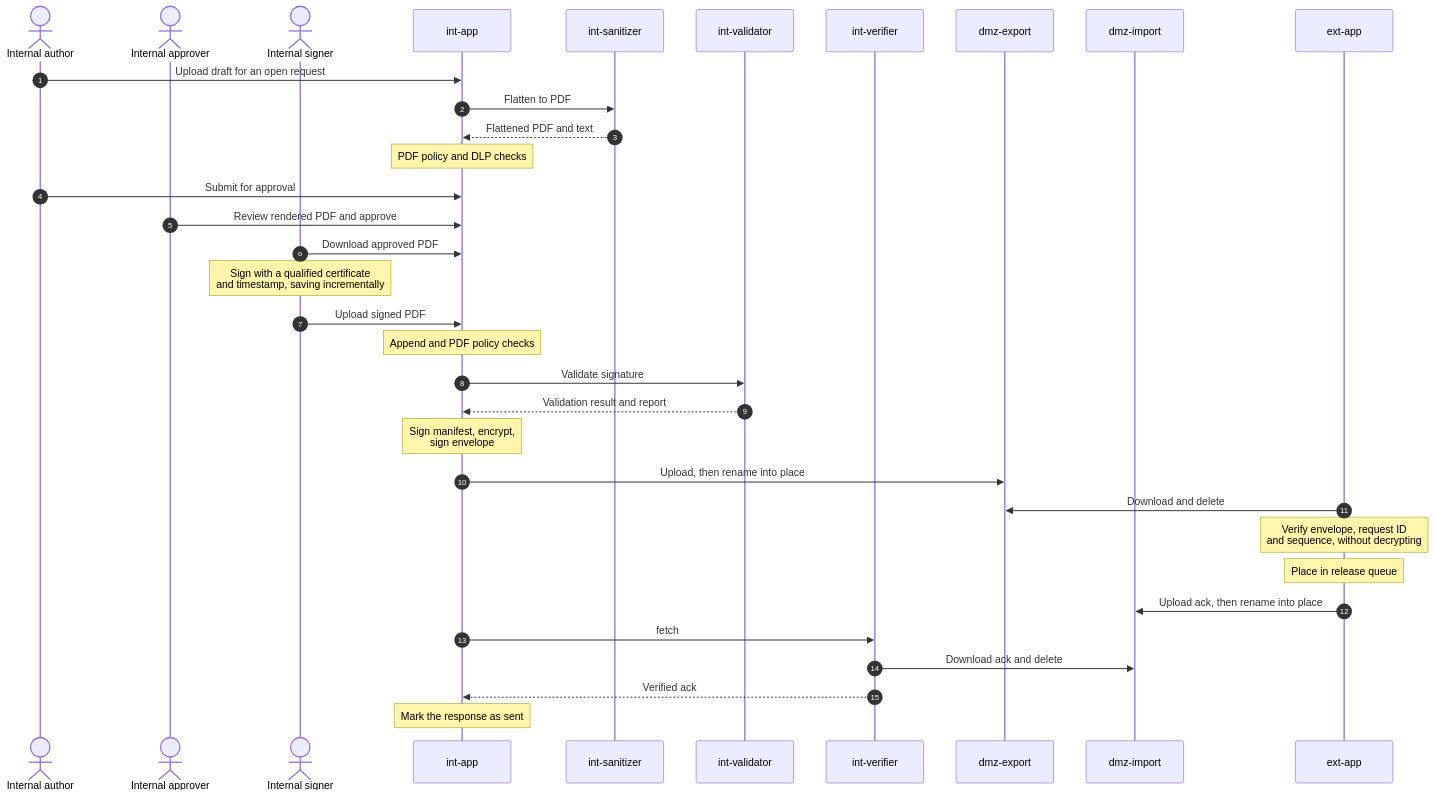
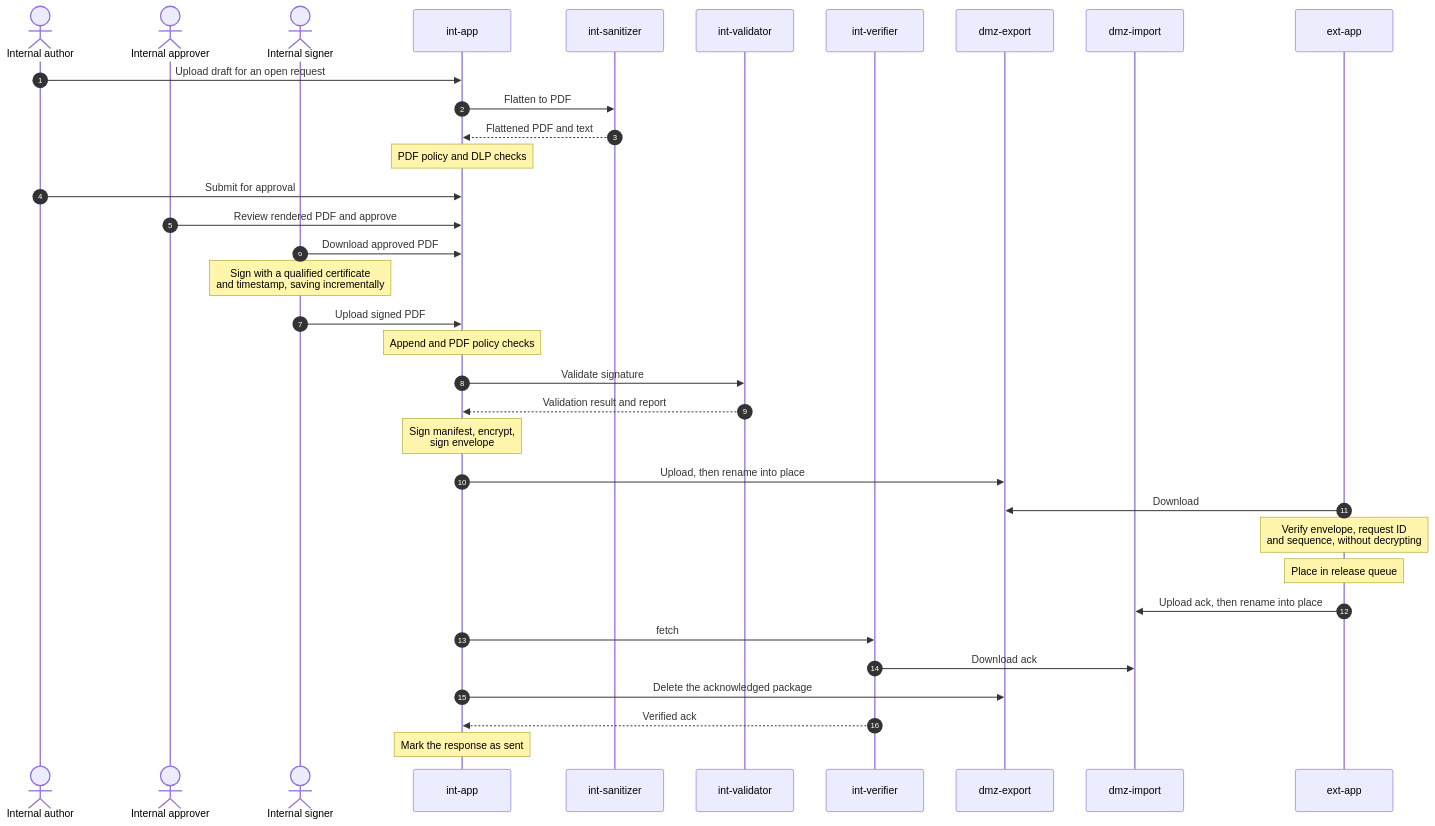
One commit to tgivslife/dxg-document-gateway changed the sixth of 8 diagrams in document-exchange-mvp-technical-documentation.md. Above: the diagram before and after it, drawn with Mermaid. The commit also changed other lines of this file and 6 other files, not shown here.

````diff
--- a/document-exchange-mvp-technical-documentation.md
+++ b/document-exchange-mvp-technical-documentation.md
@@ -450,40 +453,41 @@
 ```mermaid
 sequenceDiagram
     accDescr: Sequence of the response flow from author to release queue
     %% Each arrow points from the side that opens the connection.
     %% Dashed arrows are replies on the same connection.
     autonumber
     actor AU as Internal author
     actor AP as Internal approver
     actor SI as Internal signer
     participant IC as int-app
     participant IS as int-sanitizer
     participant IV as int-validator
     participant IVF as int-verifier
     participant DE as dmz-export
     participant DI as dmz-import
     participant EC as ext-app
 
     AU->>IC: Upload draft for an open request
     IC->>IS: Flatten to PDF
     IS-->>IC: Flattened PDF and text
     Note over IC: PDF policy and DLP checks
     AU->>IC: Submit for approval
     AP->>IC: Review rendered PDF and approve
     SI->>IC: Download approved PDF
     Note over SI: Sign with a qualified certificate<br/>and timestamp, saving incrementally
     SI->>IC: Upload signed PDF
     Note over IC: Append and PDF policy checks
     IC->>IV: Validate signature
     IV-->>IC: Validation result and report
     Note over IC: Sign manifest, encrypt,<br/>sign envelope
     IC->>DE: Upload, then rename into place
-    EC->>DE: Download and delete
+    EC->>DE: Download
     Note over EC: Verify envelope, request ID<br/>and sequence, without decrypting
     Note over EC: Place in release queue
     EC->>DI: Upload ack, then rename into place
     IC->>IVF: fetch
-    IVF->>DI: Download ack and delete
+    IVF->>DI: Download ack
+    IC->>DE: Delete the acknowledged package
     IVF-->>IC: Verified ack
     Note over IC: Mark the response as sent
 ```
````
